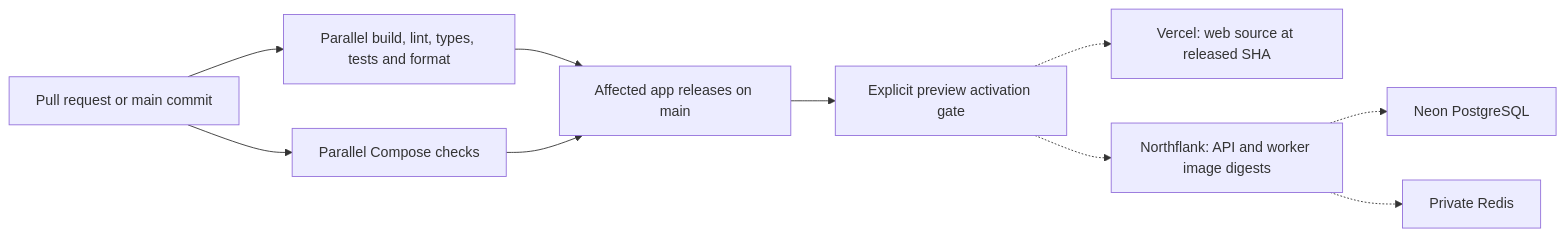
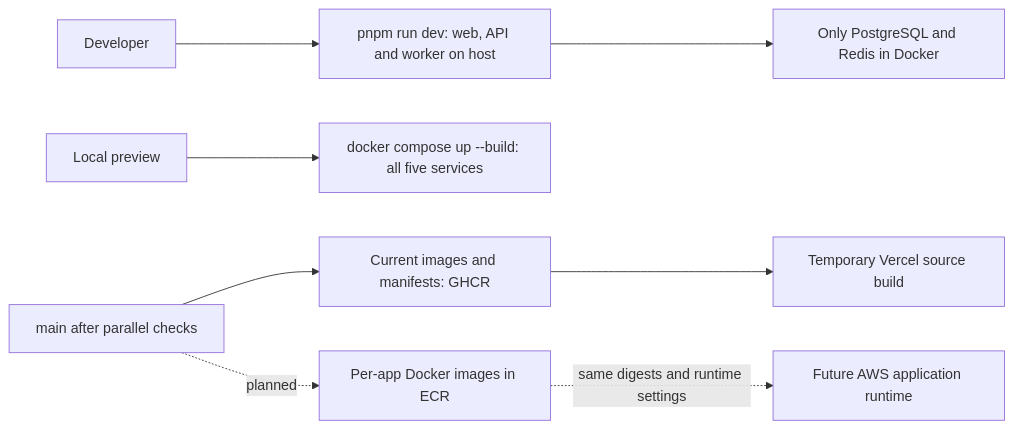
Before and after one commit to ashvir99260/flowboard: the second of 2 diagrams in docs/HLD.md, drawn with Mermaid. The commit also changed other lines of this file and 18 other files, not shown here.

````diff
--- a/docs/HLD.md
+++ b/docs/HLD.md
@@ -92,12 +92,10 @@
 ```mermaid
 flowchart LR
-  Commit[Pull request or main commit] --> Checks[Parallel build, lint, types, tests and format]
-  Commit --> Images[Parallel Compose checks]
-  Checks --> Release[Affected app releases on main]
-  Images --> Release
-  Release --> Gate[Explicit preview activation gate]
-  Gate -.-> Vercel[Vercel: web source at released SHA]
-  Gate -.-> Northflank[Northflank: API and worker image digests]
-  Northflank -.-> Neon[Neon PostgreSQL]
-  Northflank -.-> PrivateRedis[Private Redis]
+  Developer[Developer] --> Native[pnpm run dev: web, API and worker on host]
+  Native --> Data[Only PostgreSQL and Redis in Docker]
+  Preview[Local preview] --> Compose[docker compose up --build: all five services]
+  Main[main after parallel checks] --> Publish[Current images and manifests: GHCR]
+  Publish --> Demo[Temporary Vercel source build]
+  Main -. planned .-> ECR[Per-app Docker images in ECR]
+  ECR -. same digests and runtime settings .-> AWS[Future AWS application runtime]
 ```
````
